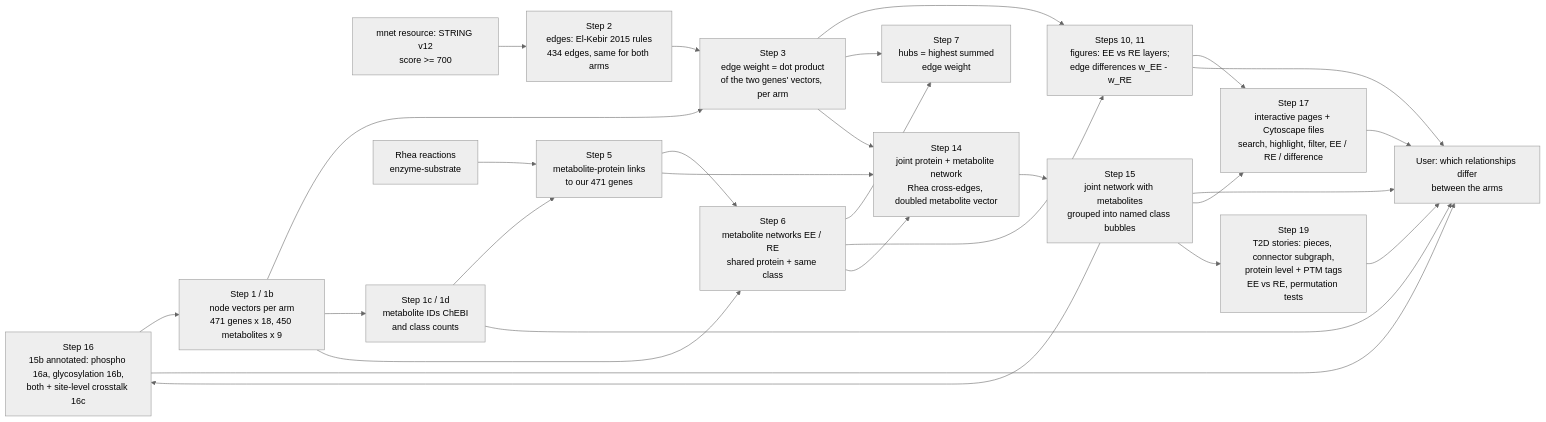
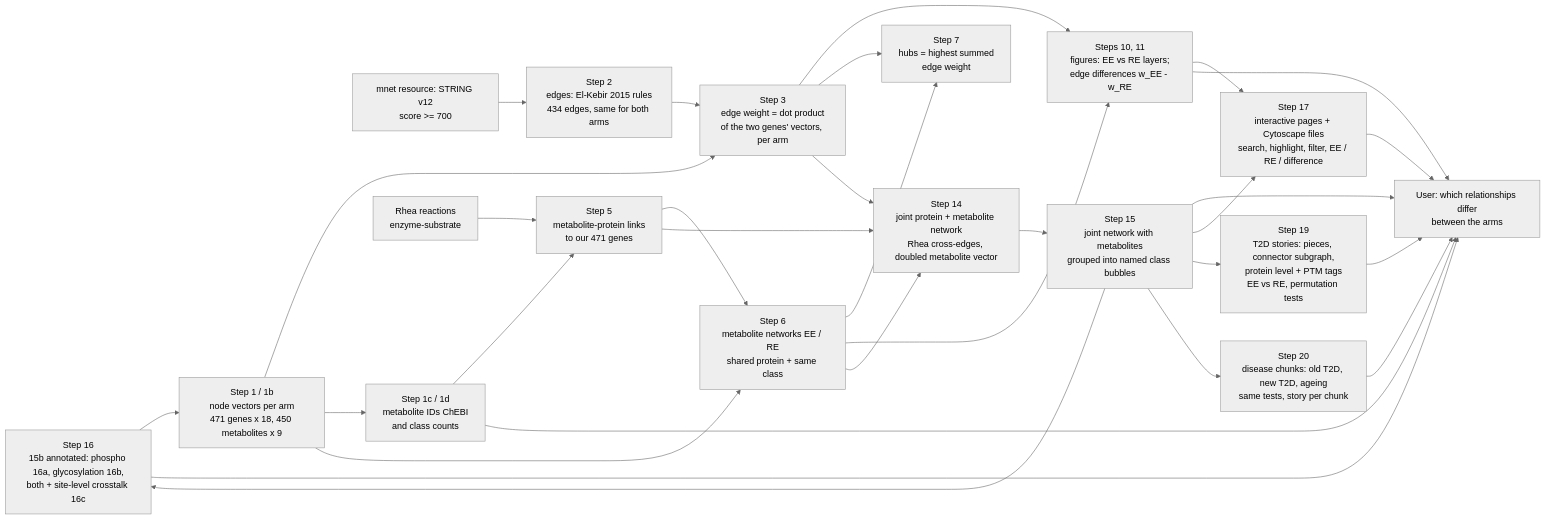
Before and after one commit to Stanford-Bioinformatics-Center/multiomics-hackathon-2026-track-1: the diagram in network/README.md, drawn with Mermaid (neutral theme). The commit also changed other lines of this file and 6 other files, not shown here.

Commit message:
Step 20: best EE-vs-RE story per disease chunk (old T2D, new T2D: Kjærgaard 2025 / Needham 2024 / Larsen 2023, ageing: Ubaida-Mohien 2019); fetch script with pinned sources; figures 20a-c

````diff
--- a/network/README.md
+++ b/network/README.md
@@ -43,30 +43,32 @@
 ```mermaid
 flowchart LR
   A[MoTrPAC results<br/>RNA, protein, metabolites<br/>adipose, blood, muscle] --> B[Step 1 / 1b<br/>node vectors per arm<br/>471 genes x 18, 450 metabolites x 9]
   S[mnet resource: STRING v12<br/>score >= 700] --> C[Step 2<br/>edges: El-Kebir 2015 rules<br/>434 edges, same for both arms]
   B --> D[Step 3<br/>edge weight = dot product<br/>of the two genes' vectors, per arm]
   C --> D
   B --> F[Step 1c / 1d<br/>metabolite IDs ChEBI<br/>and class counts]
   D --> P[Steps 10, 11<br/>figures: EE vs RE layers;<br/>edge differences w_EE - w_RE]
   R[Rhea reactions<br/>enzyme-substrate] --> G[Step 5<br/>metabolite-protein links<br/>to our 471 genes]
   F --> G
   G --> H[Step 6<br/>metabolite networks EE / RE<br/>shared protein + same class]
   B --> H
   D --> K[Step 7<br/>hubs = highest summed<br/>edge weight]
   H --> K
   H --> P
   D --> J[Step 14<br/>joint protein + metabolite network<br/>Rhea cross-edges, doubled metabolite vector]
   H --> J
   G --> J
   J --> Q[Step 15<br/>joint network with metabolites<br/>grouped into named class bubbles]
   Q --> U
   Q --> A[Step 16<br/>15b annotated: phospho 16a, glycosylation 16b,<br/>both + site-level crosstalk 16c]
   A --> U
   Q --> I[Step 17<br/>interactive pages + Cytoscape files<br/>search, highlight, filter, EE / RE / difference]
   P --> I
   I --> U
   Q --> T[Step 19<br/>T2D stories: pieces, connector subgraph,<br/>protein level + PTM tags<br/>EE vs RE, permutation tests]
   T --> U
+  Q --> V[Step 20<br/>disease chunks: old T2D, new T2D, ageing<br/>same tests, story per chunk]
+  V --> U
   P --> U[User: which relationships differ<br/>between the arms]
   F --> U
 ```
````
